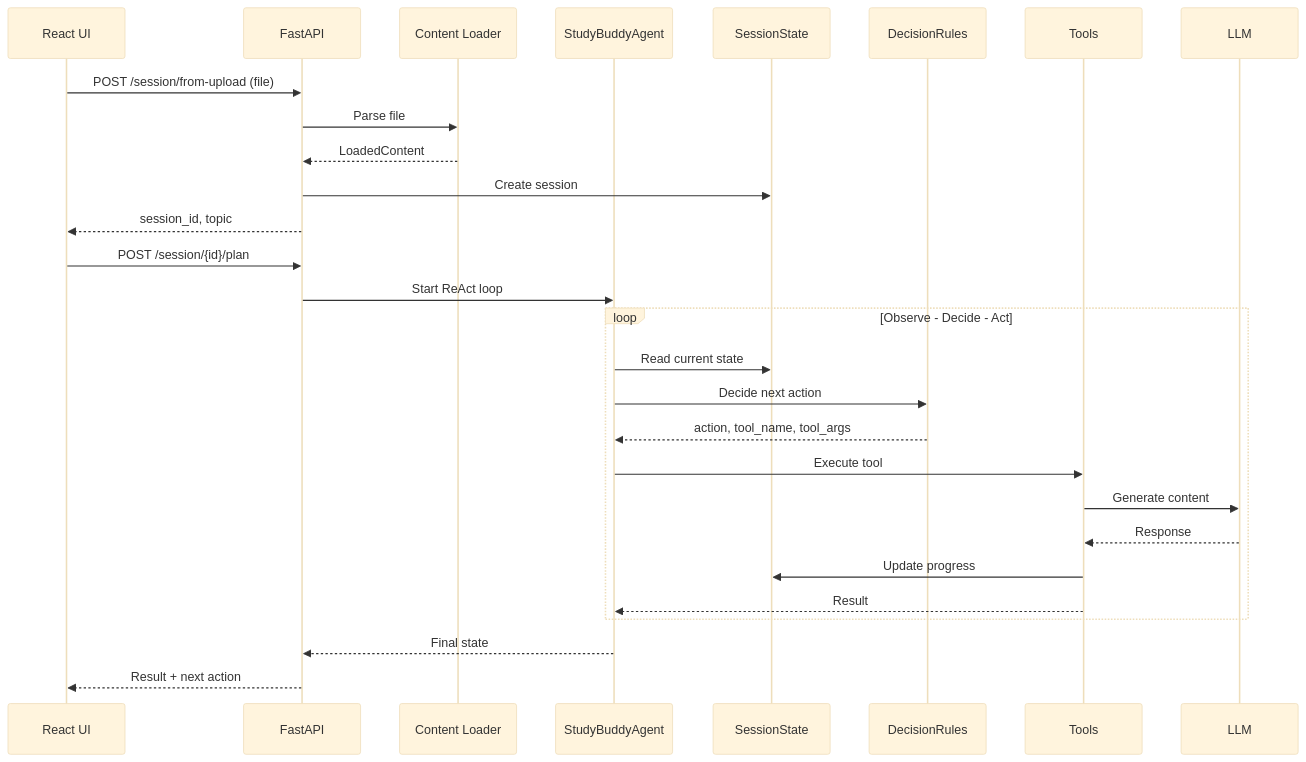
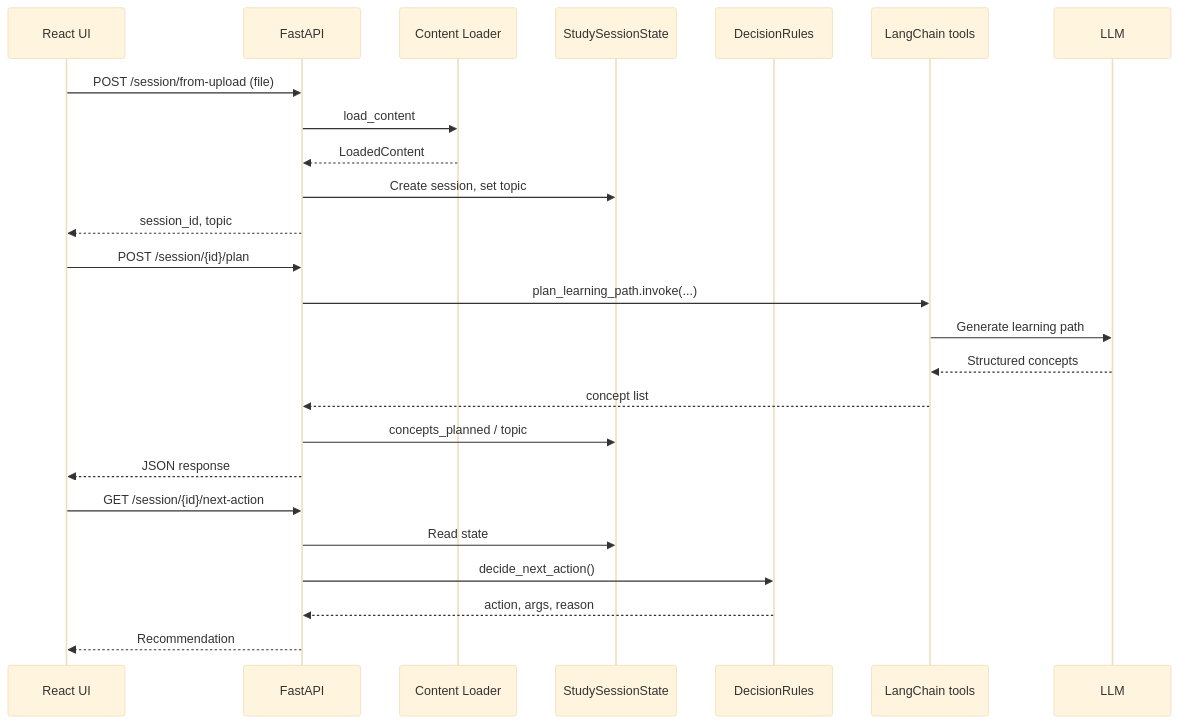
Before and after one commit to ebinzacharias/ez-agentic-study-buddy: the first of 3 diagrams in ARCHITECTURE.md, drawn with Mermaid (base theme). The commit also changed other lines of this file and 1 other file, not shown here.

````diff
--- a/ARCHITECTURE.md
+++ b/ARCHITECTURE.md
@@ -88,34 +97,30 @@
 ```mermaid
 sequenceDiagram
     participant UI as React UI
     participant API as FastAPI
     participant CL as Content Loader
-    participant Agent as StudyBuddyAgent
-    participant State as SessionState
+    participant State as StudySessionState
     participant Rules as DecisionRules
-    participant Tools as Tools
+    participant Tools as LangChain tools
     participant LLM as LLM
 
     UI->>API: POST /session/from-upload (file)
-    API->>CL: Parse file
+    API->>CL: load_content
     CL-->>API: LoadedContent
-    API->>State: Create session
+    API->>State: Create session, set topic
     API-->>UI: session_id, topic
 
     UI->>API: POST /session/{id}/plan
-    API->>Agent: Start ReAct loop
+    API->>Tools: plan_learning_path.invoke(...)
+    Tools->>LLM: Generate learning path
+    LLM-->>Tools: Structured concepts
+    Tools-->>API: concept list
+    API->>State: concepts_planned / topic
+    API-->>UI: JSON response
 
-    loop Observe - Decide - Act
-        Agent->>State: Read current state
-        Agent->>Rules: Decide next action
-        Rules-->>Agent: action, tool_name, tool_args
-        Agent->>Tools: Execute tool
-        Tools->>LLM: Generate content
-        LLM-->>Tools: Response
-        Tools->>State: Update progress
-        Tools-->>Agent: Result
-    end
-
-    Agent-->>API: Final state
-    API-->>UI: Result + next action
+    UI->>API: GET /session/{id}/next-action
+    API->>State: Read state
+    API->>Rules: decide_next_action()
+    Rules-->>API: action, args, reason
+    API-->>UI: Recommendation
 ```
````
